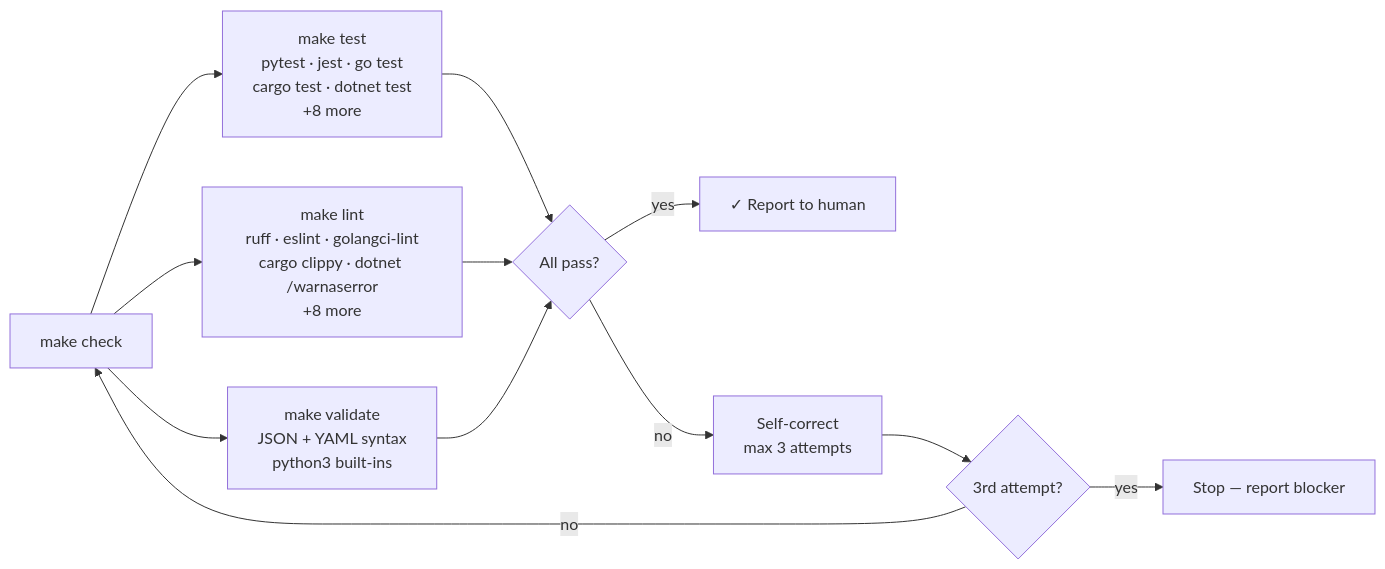
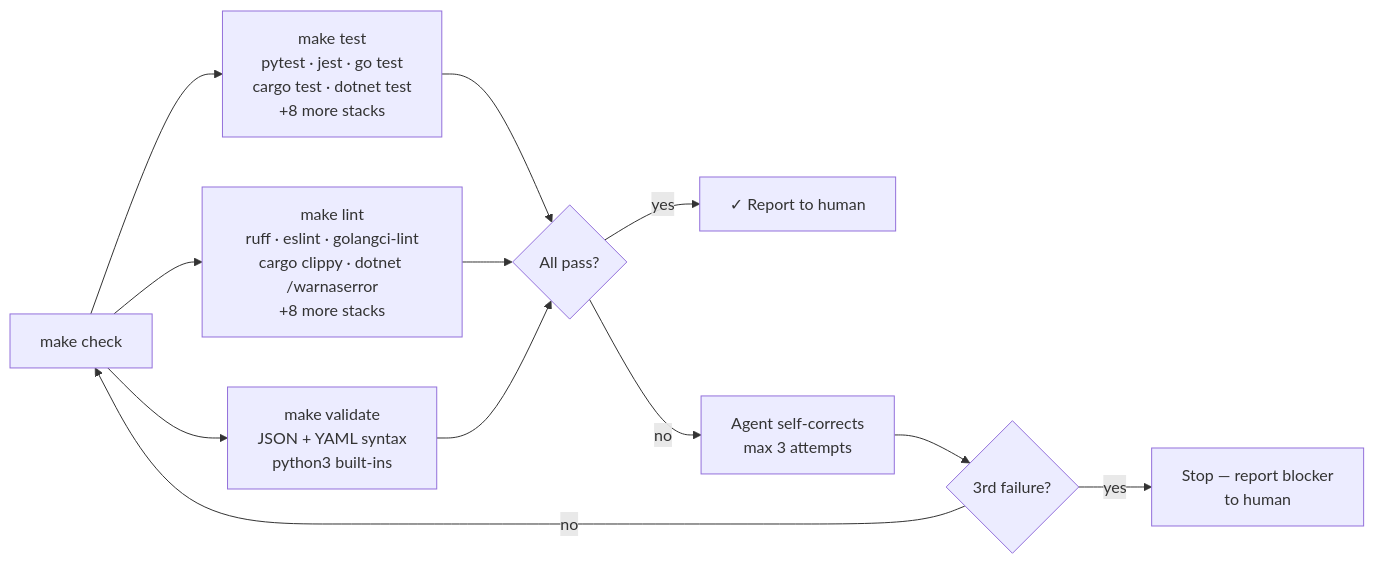
One commit to ba544a7c93f99fcc91e78e0c49c2008c/opencode-starter changed the fourth of 5 diagrams in README.md. Above: the diagram before and after it, drawn with Mermaid. The commit also changed other lines of this file, not shown here.

````diff
--- a/README.md
+++ b/README.md
@@ -132,16 +170,16 @@
 ```mermaid
 flowchart LR
-    CH["make check"] --> T["make test\npytest · jest · go test\ncargo test · dotnet test\n+8 more"]
-    CH --> L["make lint\nruff · eslint · golangci-lint\ncargo clippy · dotnet /warnaserror\n+8 more"]
+    CH["make check"] --> T["make test\npytest · jest · go test\ncargo test · dotnet test\n+8 more stacks"]
+    CH --> L["make lint\nruff · eslint · golangci-lint\ncargo clippy · dotnet /warnaserror\n+8 more stacks"]
     CH --> V["make validate\nJSON + YAML syntax\npython3 built-ins"]
 
     T --> R{All pass?}
     L --> R
     V --> R
 
     R -->|yes| DONE[✓ Report to human]
-    R -->|no| FIX[Self-correct\nmax 3 attempts]
-    FIX --> CB{3rd attempt?}
+    R -->|no| FIX[Agent self-corrects\nmax 3 attempts]
+    FIX --> CB{3rd failure?}
     CB -->|no| CH
-    CB -->|yes| STOP[Stop — report blocker]
+    CB -->|yes| STOP[Stop — report blocker\nto human]
 ```
````
